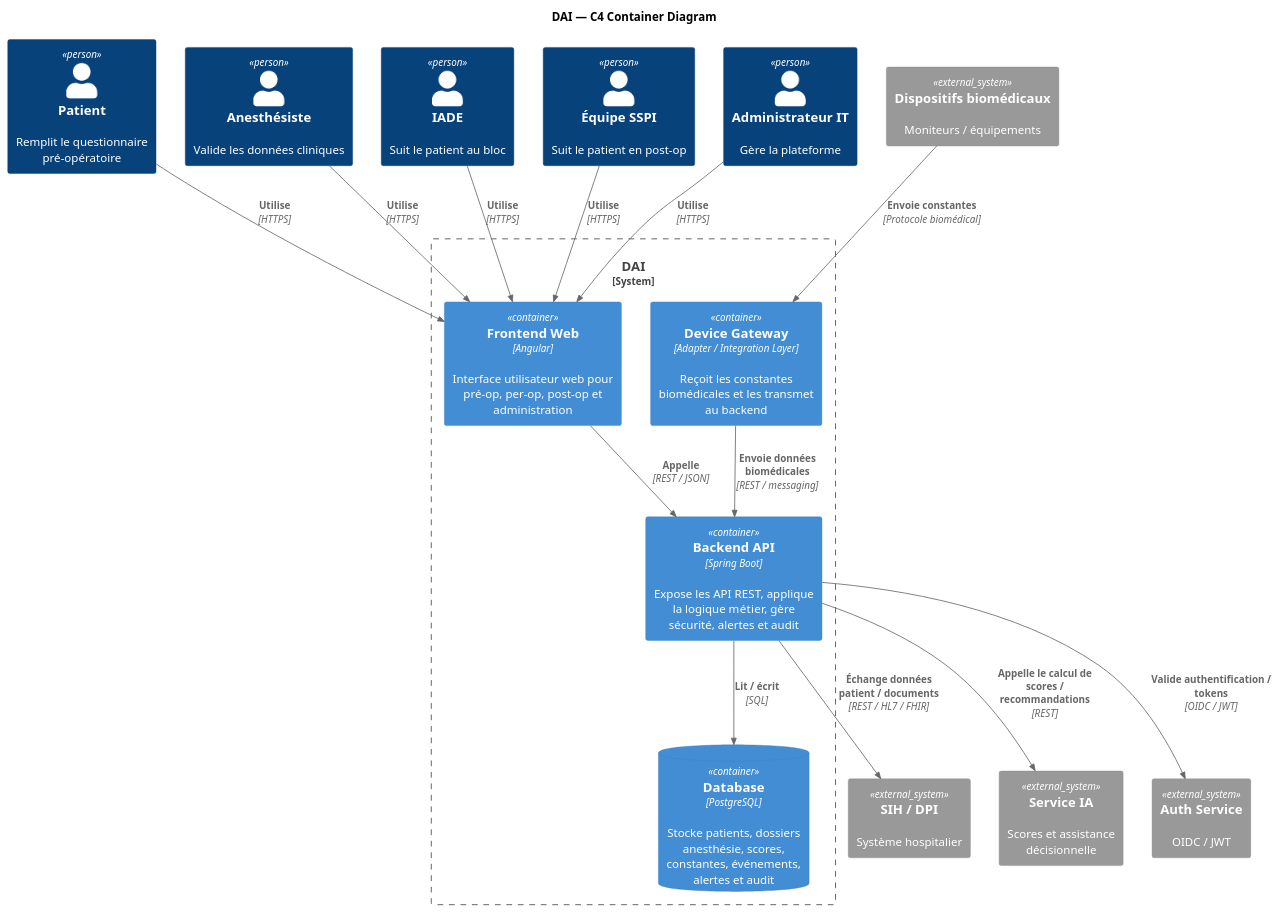
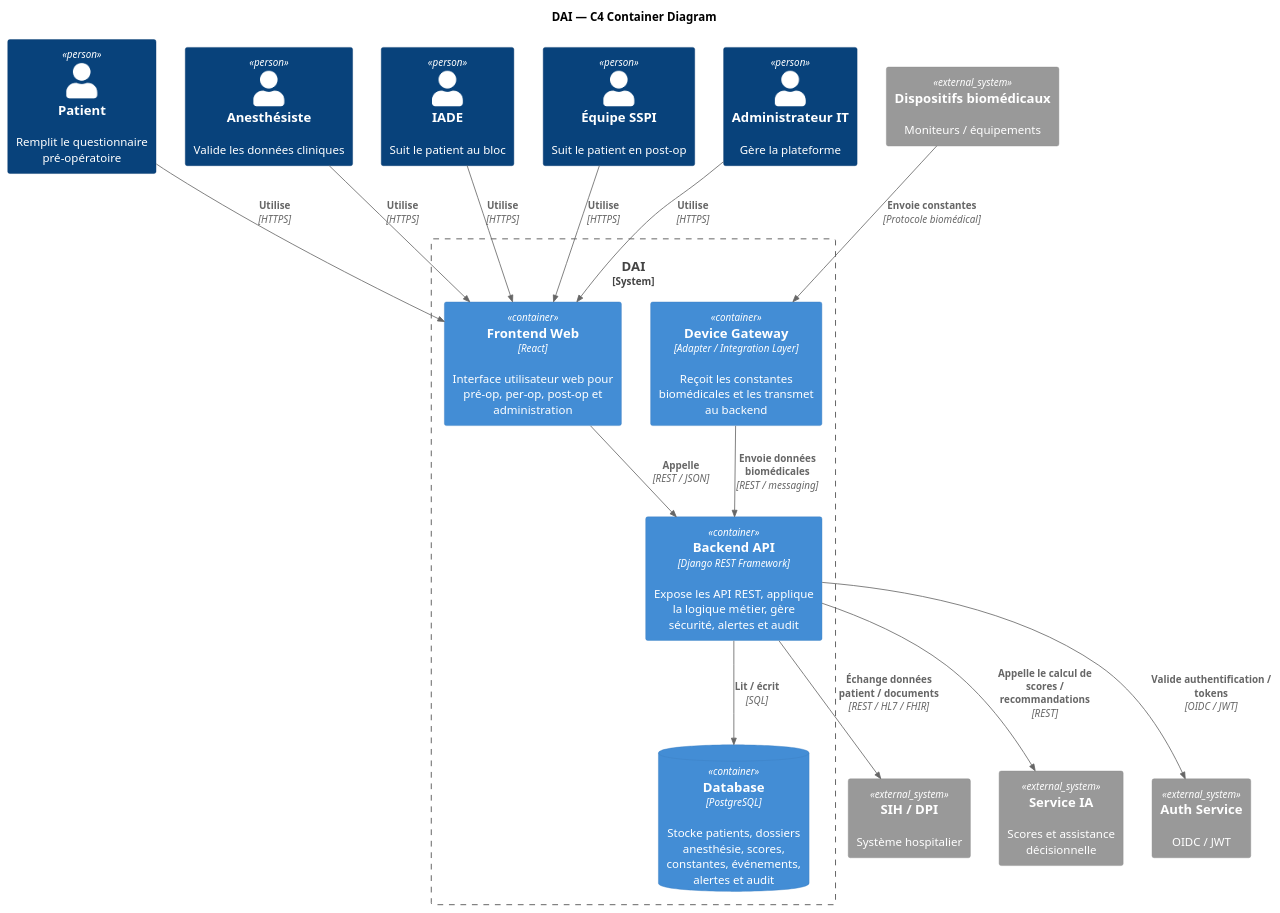
The diagram in diagrams/c4/container-diagram.puml (yasminebelhajmabrouk-ops/yasmine_DAI), drawn with PlantUML before and after one commit. The commit also changed 9 other files, not shown here.

Commit message:
docs: update reference stack to React + Django/DRF

```diff
--- a/diagrams/c4/container-diagram.puml
+++ b/diagrams/c4/container-diagram.puml
@@ -1,42 +1,42 @@
 @startuml
 !include https://raw.githubusercontent.com/plantuml-stdlib/C4-PlantUML/master/C4_Container.puml
 
 title DAI — C4 Container Diagram
 
 Person(patient, "Patient", "Remplit le questionnaire pré-opératoire")
 Person(anesthesiste, "Anesthésiste", "Valide les données cliniques")
 Person(iade, "IADE", "Suit le patient au bloc")
 Person(sspi, "Équipe SSPI", "Suit le patient en post-op")
 Person(admin, "Administrateur IT", "Gère la plateforme")
 
 System_Ext(sih, "SIH / DPI", "Système hospitalier")
 System_Ext(devices, "Dispositifs biomédicaux", "Moniteurs / équipements")
 System_Ext(ai, "Service IA", "Scores et assistance décisionnelle")
 System_Ext(auth, "Auth Service", "OIDC / JWT")
 
 System_Boundary(dai, "DAI") {
 
-  Container(frontend, "Frontend Web", "Angular", "Interface utilisateur web pour pré-op, per-op, post-op et administration")
+  Container(frontend, "Frontend Web", "React", "Interface utilisateur web pour pré-op, per-op, post-op et administration")
   
-  Container(api, "Backend API", "Spring Boot", "Expose les API REST, applique la logique métier, gère sécurité, alertes et audit")
+  Container(api, "Backend API", "Django REST Framework", "Expose les API REST, applique la logique métier, gère sécurité, alertes et audit")
 
   ContainerDb(db, "Database", "PostgreSQL", "Stocke patients, dossiers anesthésie, scores, constantes, événements, alertes et audit")
 
   Container(gateway, "Device Gateway", "Adapter / Integration Layer", "Reçoit les constantes biomédicales et les transmet au backend")
 }
 
 Rel(patient, frontend, "Utilise", "HTTPS")
 Rel(anesthesiste, frontend, "Utilise", "HTTPS")
 Rel(iade, frontend, "Utilise", "HTTPS")
 Rel(sspi, frontend, "Utilise", "HTTPS")
 Rel(admin, frontend, "Utilise", "HTTPS")
 
 Rel(frontend, api, "Appelle", "REST / JSON")
 Rel(api, db, "Lit / écrit", "SQL")
 Rel(gateway, api, "Envoie données biomédicales", "REST / messaging")
 Rel(api, ai, "Appelle le calcul de scores / recommandations", "REST")
 Rel(api, auth, "Valide authentification / tokens", "OIDC / JWT")
 Rel(api, sih, "Échange données patient / documents", "REST / HL7 / FHIR")
 Rel(devices, gateway, "Envoie constantes", "Protocole biomédical")
 
 @enduml
```
